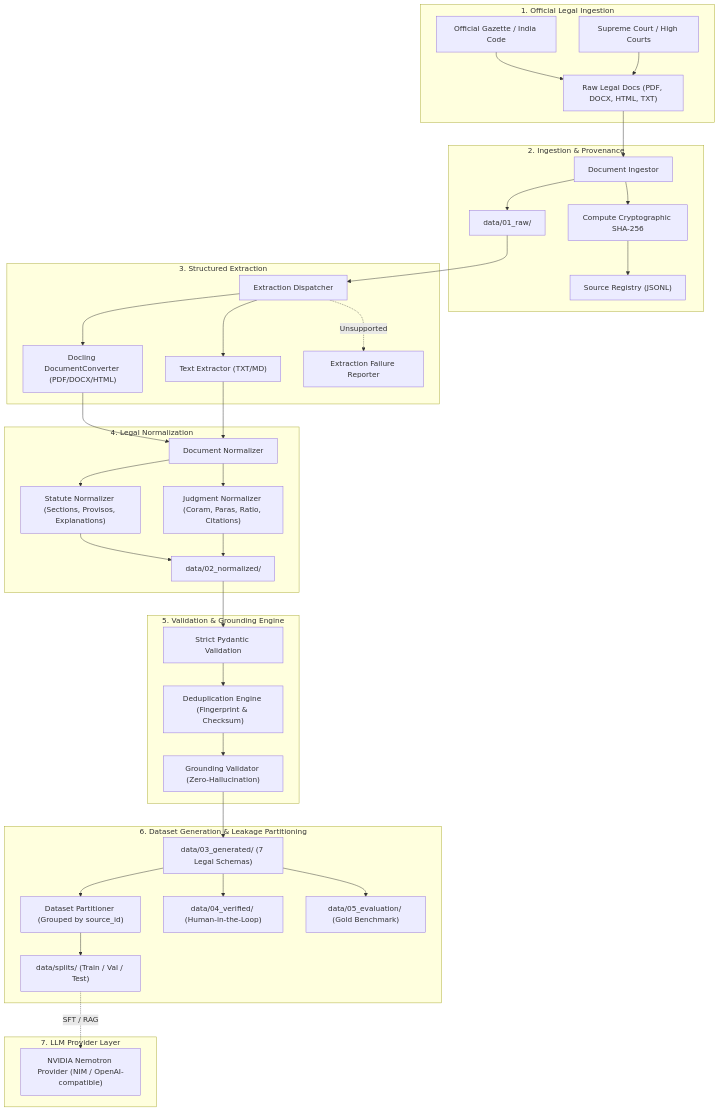
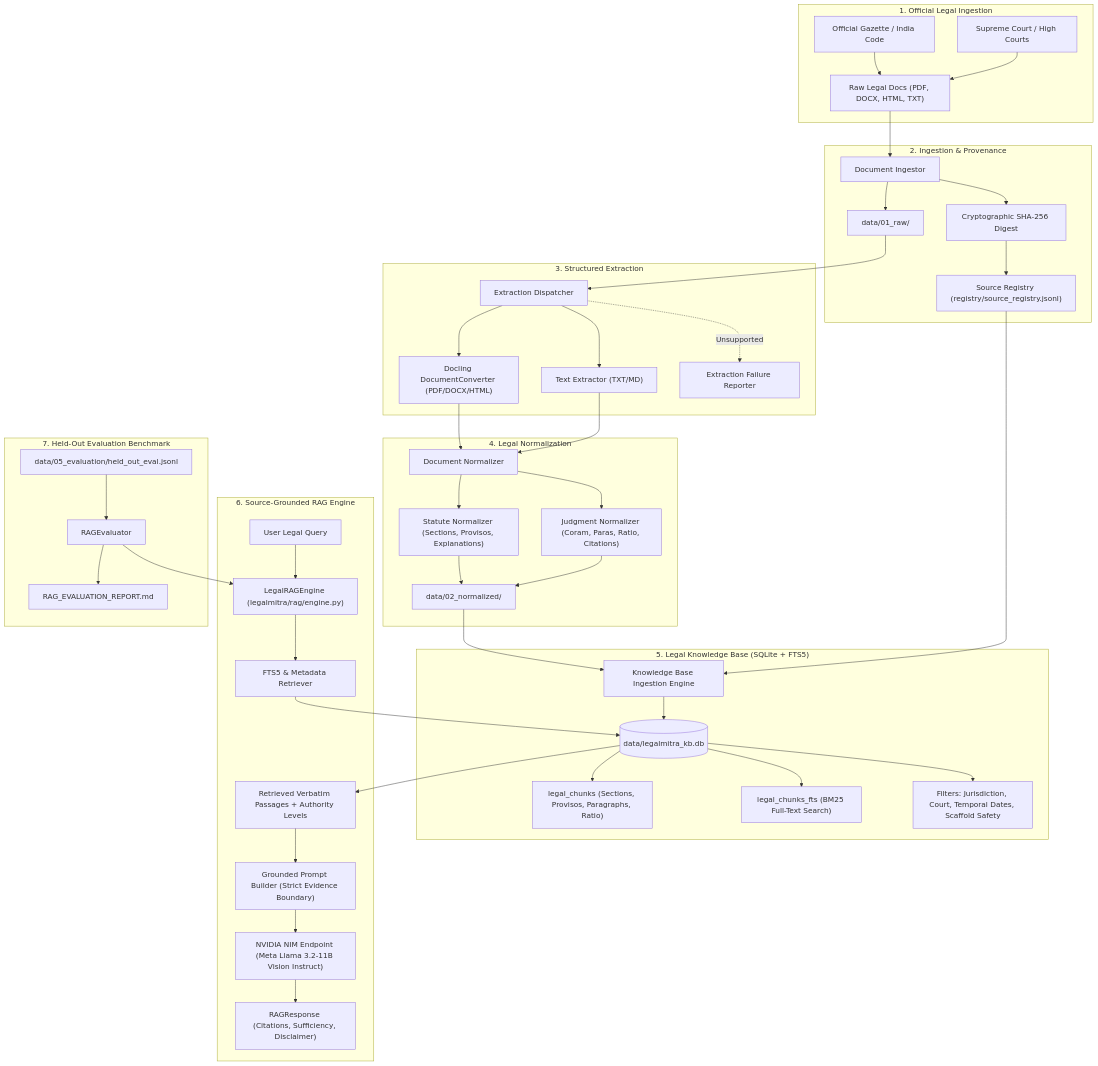
The diagram in ARCHITECTURE.md (DebugDroid-15/LegalMitra), drawn with Mermaid before and after one commit. The commit also changed other lines of this file and 205 other files, not shown here.

````diff
--- a/ARCHITECTURE.md
+++ b/ARCHITECTURE.md
@@ -7,51 +11,58 @@
 ```mermaid
 flowchart TD
     subgraph Sourcing ["1. Official Legal Ingestion"]
         Gazette["Official Gazette / India Code"]
         Courts["Supreme Court / High Courts"]
         RawDocs["Raw Legal Docs (PDF, DOCX, HTML, TXT)"]
         Gazette --> RawDocs
         Courts --> RawDocs
     end
 
     subgraph Ingestion ["2. Ingestion & Provenance"]
         RawDocs --> Ingestor["Document Ingestor"]
-        Ingestor --> SHA["Compute Cryptographic SHA-256"]
-        SHA --> Registry["Source Registry (JSONL)"]
+        Ingestor --> SHA["Cryptographic SHA-256 Digest"]
+        SHA --> Registry["Source Registry (registry/source_registry.jsonl)"]
         Ingestor --> RawStore["data/01_raw/"]
     end
 
     subgraph Extraction ["3. Structured Extraction"]
         RawStore --> Dispatcher["Extraction Dispatcher"]
         Dispatcher --> Docling["Docling DocumentConverter (PDF/DOCX/HTML)"]
         Dispatcher --> TextExt["Text Extractor (TXT/MD)"]
         Dispatcher -. Unsupported .-> FailureRep["Extraction Failure Reporter"]
     end
 
     subgraph Normalization ["4. Legal Normalization"]
         Docling --> Normalizer["Document Normalizer"]
         TextExt --> Normalizer
         Normalizer --> StatNormalizer["Statute Normalizer (Sections, Provisos, Explanations)"]
         Normalizer --> JudgNormalizer["Judgment Normalizer (Coram, Paras, Ratio, Citations)"]
         StatNormalizer --> NormStore["data/02_normalized/"]
         JudgNormalizer --> NormStore
     end
 
-    subgraph Validation ["5. Validation & Grounding Engine"]
-        NormStore --> PydanticVal["Strict Pydantic Validation"]
-        PydanticVal --> Dedup["Deduplication Engine (Fingerprint & Checksum)"]
-        Dedup --> GroundingVal["Grounding Validator (Zero-Hallucination)"]
+    subgraph KnowledgeBase ["5. Legal Knowledge Base (SQLite + FTS5)"]
+        NormStore --> KBEngine["Knowledge Base Ingestion Engine"]
+        Registry --> KBEngine
+        KBEngine --> KBStore[("data/legalmitra_kb.db")]
+        KBStore --> ChunksTable["legal_chunks (Sections, Provisos, Paragraphs, Ratio)"]
+        KBStore --> FTSIndex["legal_chunks_fts (BM25 Full-Text Search)"]
+        KBStore --> MetadataFilters["Filters: Jurisdiction, Court, Temporal Dates, Scaffold Safety"]
     end
 
-    subgraph Generation ["6. Dataset Generation & Leakage Partitioning"]
-        GroundingVal --> GenData["data/03_generated/ (7 Legal Schemas)"]
-        GenData --> Partitioner["Dataset Partitioner (Grouped by source_id)"]
-        Partitioner --> Splits["data/splits/ (Train / Val / Test)"]
-        GenData --> VerData["data/04_verified/ (Human-in-the-Loop)"]
-        GenData --> EvalData["data/05_evaluation/ (Gold Benchmark)"]
+    subgraph RAGCore ["6. Source-Grounded RAG Engine"]
+        UserQuery["User Legal Query"] --> RAGEngine["LegalRAGEngine (legalmitra/rag/engine.py)"]
+        RAGEngine --> Retriever["FTS5 & Metadata Retriever"]
+        Retriever --> KBStore
+        KBStore --> EvidencePassages["Retrieved Verbatim Passages + Authority Levels"]
+        EvidencePassages --> GroundedPrompt["Grounded Prompt Builder (Strict Evidence Boundary)"]
+        GroundedPrompt --> NIMInference["NVIDIA NIM Endpoint (Meta Llama 3.2-11B Vision Instruct)"]
+        NIMInference --> StructuredResponse["RAGResponse (Citations, Sufficiency, Disclaimer)"]
     end
 
-    subgraph LLM ["7. LLM Provider Layer"]
-        Splits -. SFT / RAG .-> Nemotron["NVIDIA Nemotron Provider (NIM / OpenAI-compatible)"]
+    subgraph Evaluation ["7. Held-Out Evaluation Benchmark"]
+        EvalBench["data/05_evaluation/held_out_eval.jsonl"] --> RAGEval["RAGEvaluator"]
+        RAGEval --> RAGEngine
+        RAGEval --> EvalReport["RAG_EVALUATION_REPORT.md"]
     end
 ```
````
